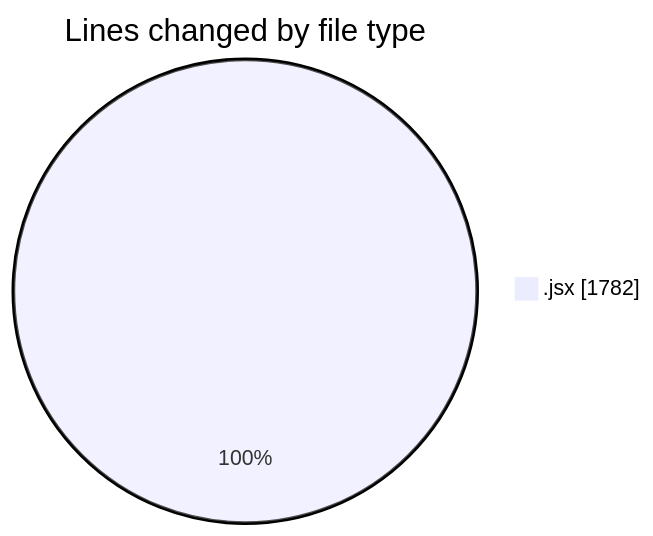
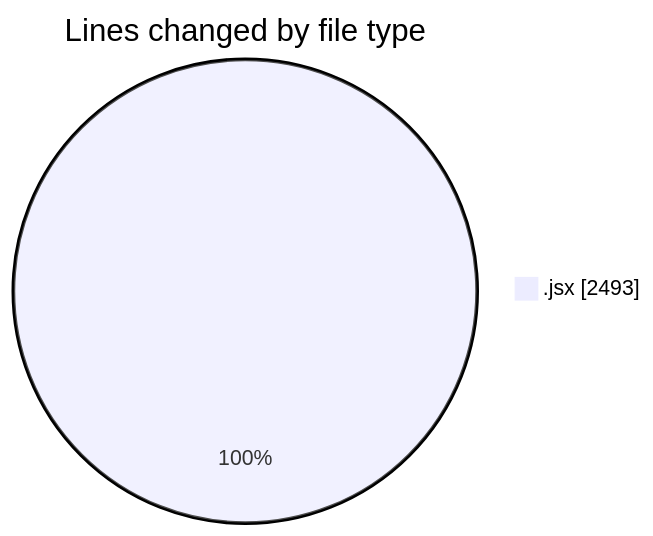
Before and after one commit to nxtqubesakshisongat/code-tracking: the first of 2 diagrams in 2025-12-04/nxtqube_webapp/README.md, drawn with Mermaid. The commit also changed other lines of this file and 1 other file, not shown here.

````diff
--- a/2025-12-04/nxtqube_webapp/README.md
+++ b/2025-12-04/nxtqube_webapp/README.md
@@ -21,5 +22,5 @@
 ```mermaid
 pie showData
 title Lines changed by file type
-".jsx" : 1782
+".jsx" : 2493
 ```
````
